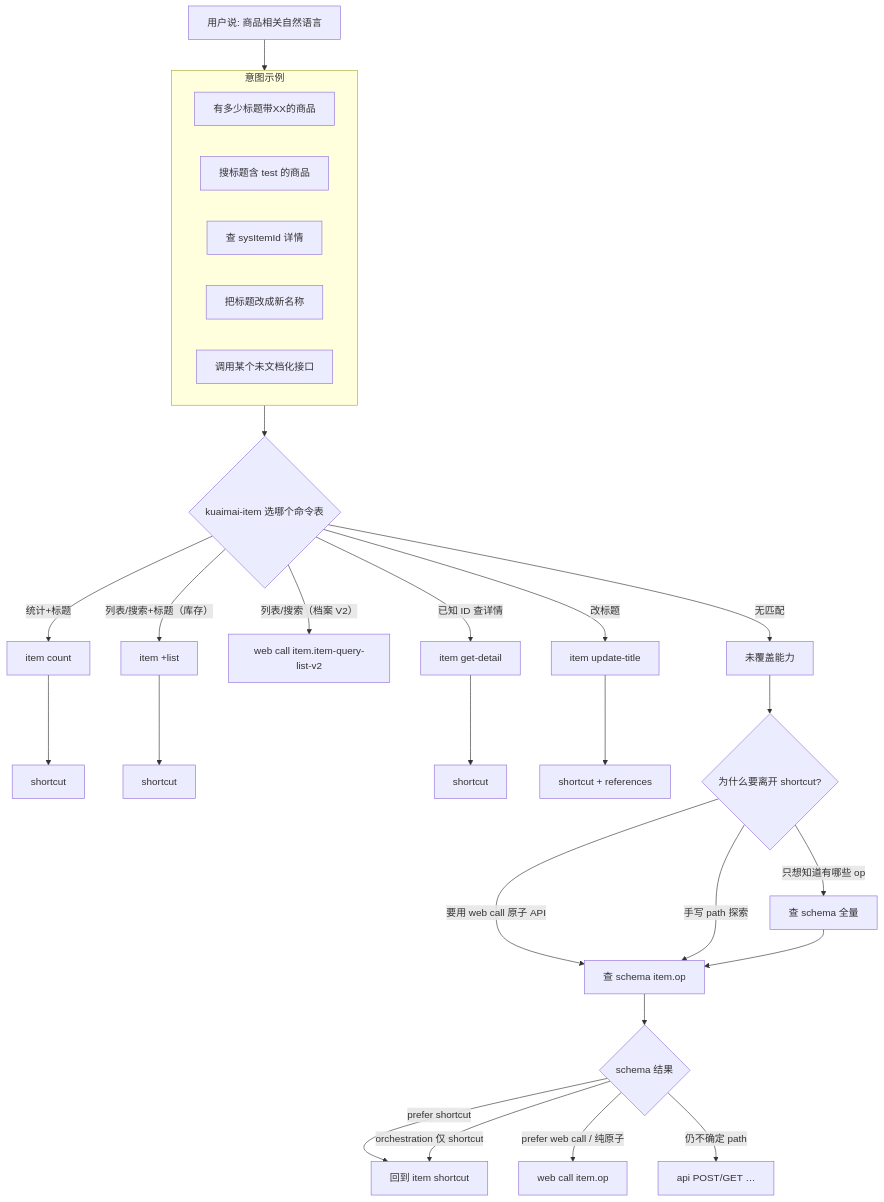
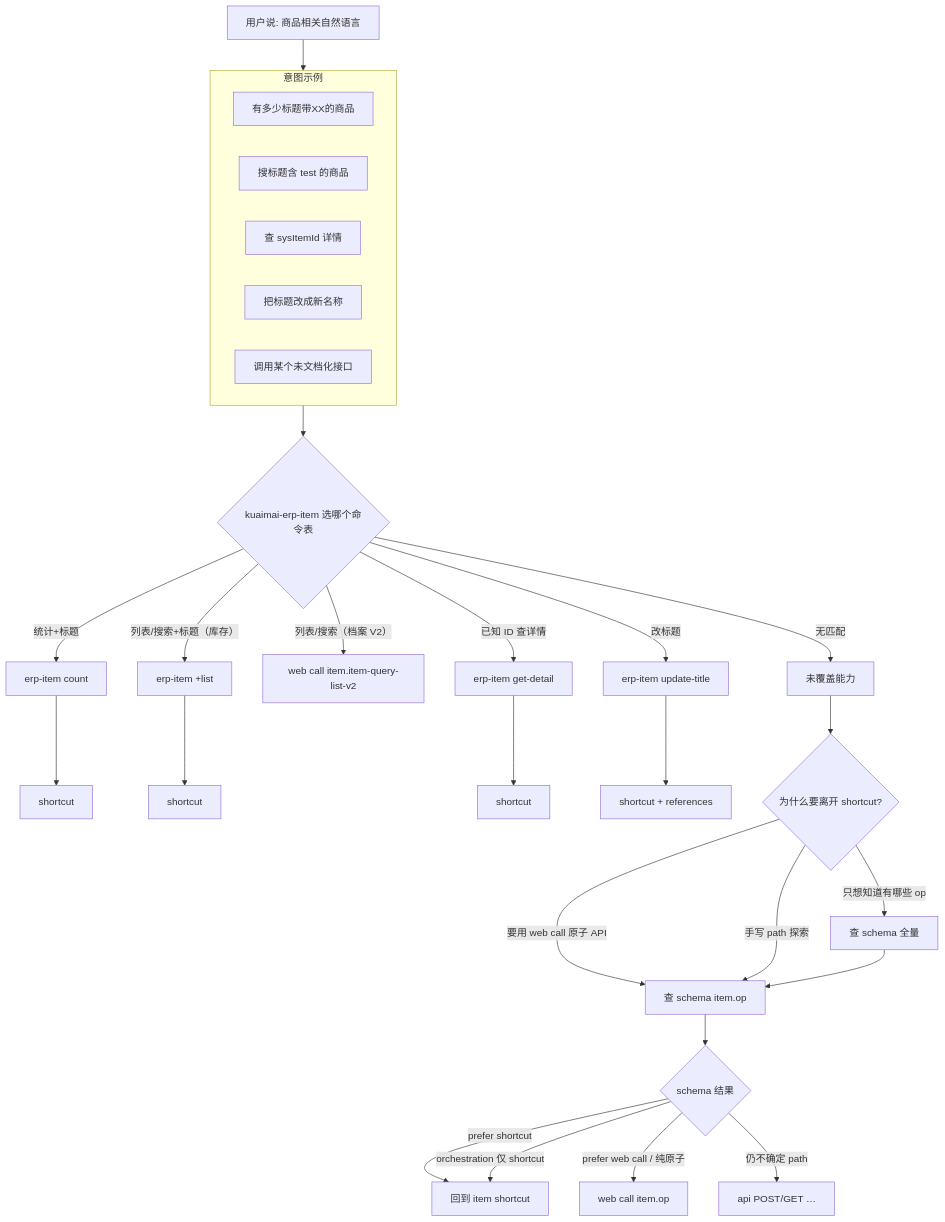
One commit to kuaimai-cli/kuaimai-cli changed the second of 5 diagrams in docs/Agent命令选型与schema流程.md. Above: the diagram before and after it, drawn with Mermaid. The commit also changed other lines of this file and 46 other files, not shown here.

````diff
--- a/docs/Agent命令选型与schema流程.md
+++ b/docs/Agent命令选型与schema流程.md
@@ -75,40 +75,40 @@
 ```mermaid
 flowchart TD
   U[用户说: 商品相关自然语言] --> Examples
 
   subgraph Examples [意图示例]
     E1[有多少标题带XX的商品]
     E2[搜标题含 test 的商品]
     E3[查 sysItemId 详情]
     E4[把标题改成新名称]
     E5[调用某个未文档化接口]
   end
 
-  Examples --> Table{kuaimai-item 选哪个命令表}
+  Examples --> Table{kuaimai-erp-item 选哪个命令表}
 
-  Table -->|统计+标题| C1[item count]
-  Table -->|列表/搜索+标题（库存）| C2[item +list]
+  Table -->|统计+标题| C1[erp-item count]
+  Table -->|列表/搜索+标题（库存）| C2[erp-item +list]
   Table -->|列表/搜索（档案 V2）| C2b[web call item.item-query-list-v2]
-  Table -->|已知 ID 查详情| C3[item get-detail]
-  Table -->|改标题| C4[item update-title]
+  Table -->|已知 ID 查详情| C3[erp-item get-detail]
+  Table -->|改标题| C4[erp-item update-title]
   Table -->|无匹配| Unknown[未覆盖能力]
 
   C1 --> S1[shortcut]
   C2 --> S2[shortcut]
   C3 --> S3[shortcut]
   C4 --> S4[shortcut + references]
 
   Unknown --> Q1{为什么要离开 shortcut?}
 
   Q1 -->|只想知道有哪些 op| SF[查 schema 全量]
   Q1 -->|要用 web call 原子 API| SO[查 schema item.op]
   Q1 -->|手写 path 探索| SO
 
   SF --> SO
   SO --> Decide{schema 结果}
 
   Decide -->|prefer shortcut| Back[回到 item shortcut]
   Decide -->|prefer web call / 纯原子| SV[web call item.op]
   Decide -->|orchestration 仅 shortcut| Back
   Decide -->|仍不确定 path| API[api POST/GET …]
 ```
````
